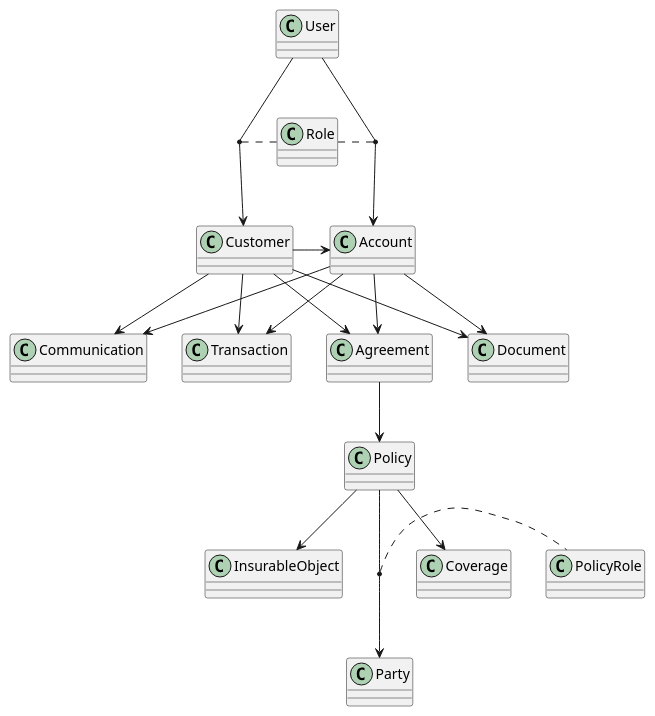
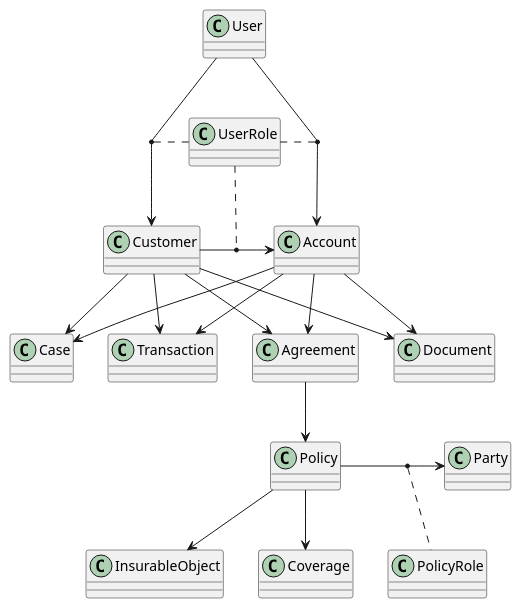
Before and after one commit to nubes-dk/developer-bak: the diagram in customer.puml, drawn with PlantUML.

```diff
--- a/customer.puml
+++ b/customer.puml
@@ -1,27 +1,30 @@
 @startuml
 User  --> Customer
 Customer --> Agreement
 Customer  --> Document
-Customer  --> Communication
+Customer  --> Case
 Customer  --> Transaction
 
-(User,Customer).. Role
 
 User  --> Account
+Account  --> Document
+Account  --> Case
+Account  --> Transaction
 Account --> Agreement
-Account  --> Document
-Account  --> Communication
-Account  --> Transaction
 
 Customer -> Account
 
+(User,Customer).. UserRole
+UserRole .. (User,Account)
+UserRole .. (Customer,Account)
+
 
 Agreement --> Policy
+Policy -> Party
 Policy --> Coverage
-Policy --> Party
 Policy --> InsurableObject
 
 (Policy,Party) .. PolicyRole
 
-Role .. (User,Account)
+
 @enduml
```
